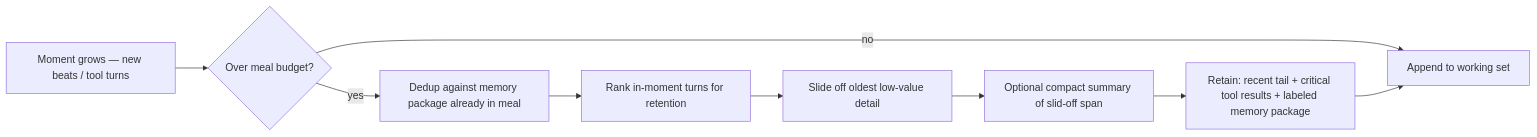
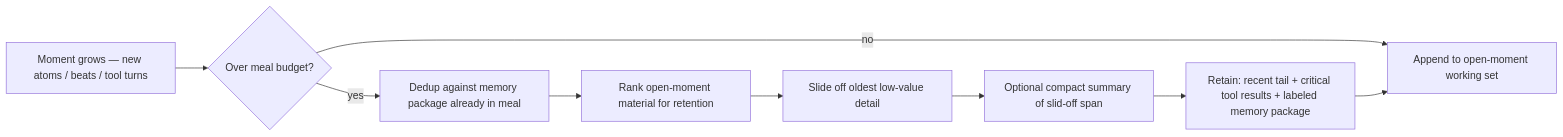
One commit to jtwolfe/project-elyra changed the second of 2 diagrams in docs/stretch-2/design-context-meal-composition.md. Above: the diagram before and after it, drawn with Mermaid. The commit also changed other lines of this file and 9 other files, not shown here.

````diff
--- a/docs/stretch-2/design-context-meal-composition.md
+++ b/docs/stretch-2/design-context-meal-composition.md
@@ -117,11 +143,11 @@
 ```mermaid
 flowchart LR
-  A[Moment grows — new beats / tool turns] --> B{Over meal budget?}
-  B -->|no| C[Append to working set]
+  A[Moment grows — new atoms / beats / tool turns] --> B{Over meal budget?}
+  B -->|no| C[Append to open-moment working set]
   B -->|yes| D[Dedup against memory package already in meal]
-  D --> E[Rank in-moment turns for retention]
+  D --> E[Rank open-moment material for retention]
   E --> F[Slide off oldest low-value detail]
   F --> G[Optional compact summary of slid-off span]
   G --> H[Retain: recent tail + critical tool results + labeled memory package]
   H --> C
 ```
````
